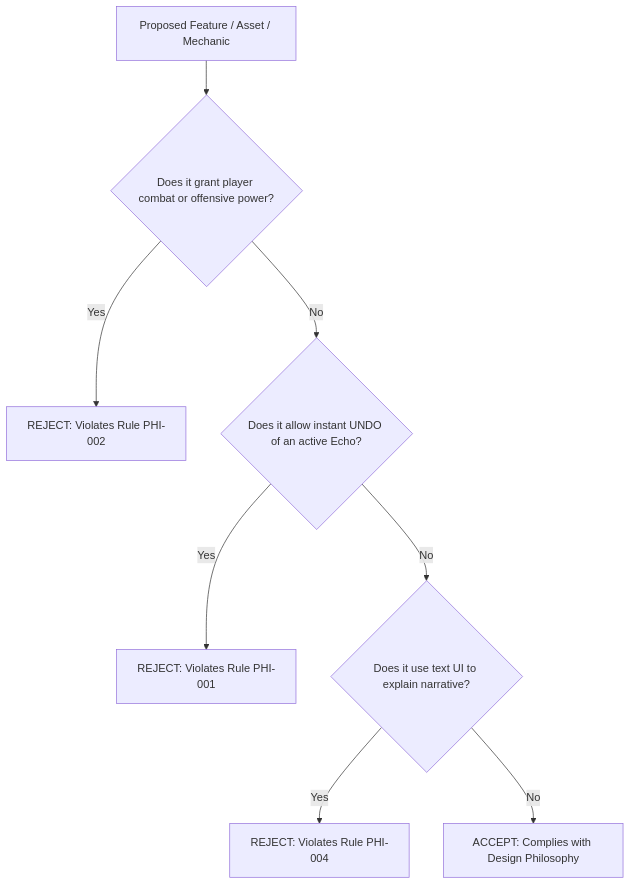
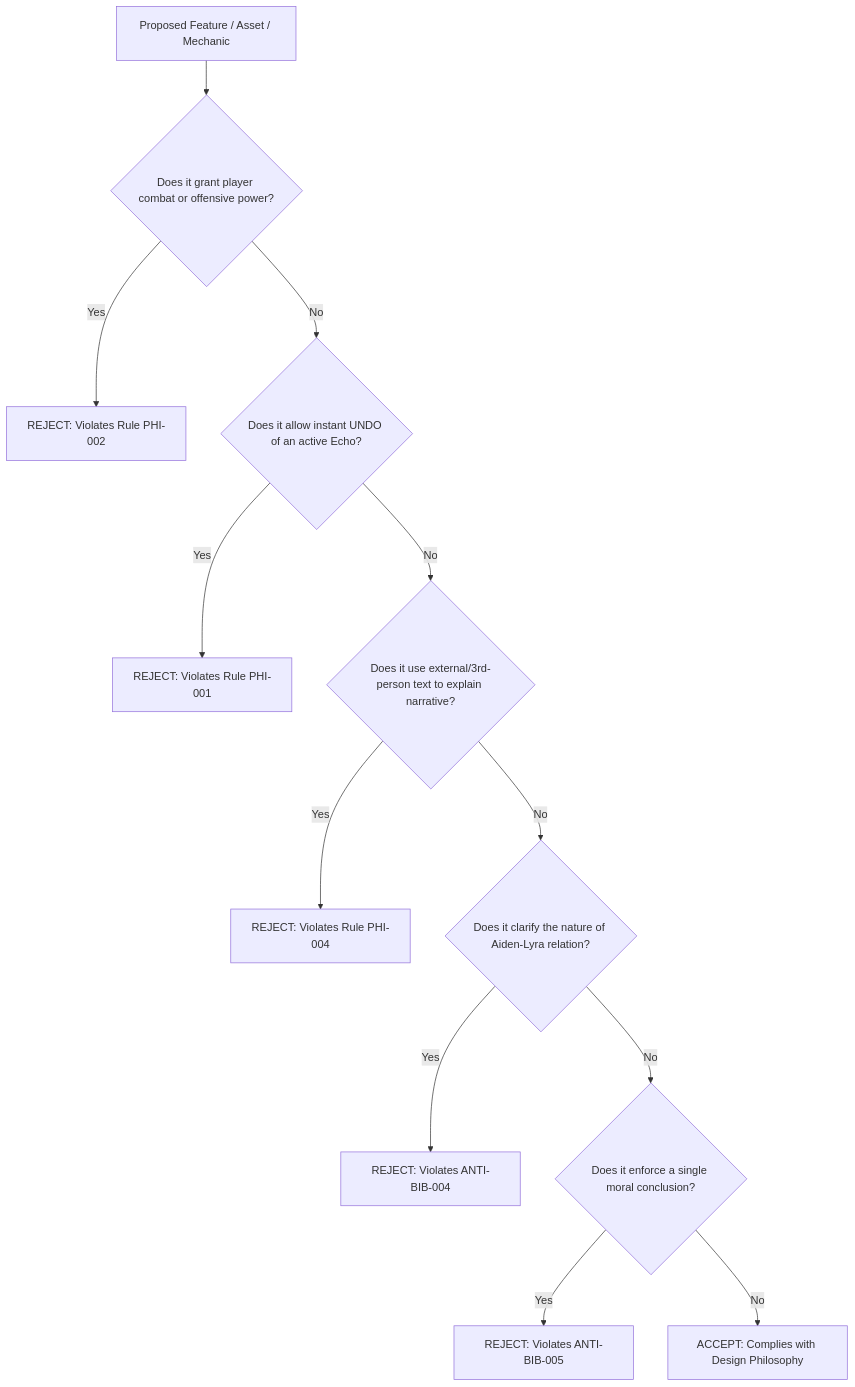
Before and after one commit to Nahum890/Echoes-of-you: the first of 2 diagrams in Docs/GameDesign/DESIGN_PHILOSOPHY.md, drawn with Mermaid. The commit also changed other lines of this file and 215 other files, not shown here.

Commit message:
feat: Add VN Plus Pop-ups Plan v2.0 documentation with narrative structure, technical architecture, and execution phases

````diff
--- a/Docs/GameDesign/DESIGN_PHILOSOPHY.md
+++ b/Docs/GameDesign/DESIGN_PHILOSOPHY.md
@@ -44,10 +54,14 @@
 ```mermaid
 graph TD
     A[Proposed Feature / Asset / Mechanic] --> B{Does it grant player combat or offensive power?}
     B -->|Yes| C[REJECT: Violates Rule PHI-002]
     B -->|No| D{Does it allow instant UNDO of an active Echo?}
     D -->|Yes| E[REJECT: Violates Rule PHI-001]
-    D -->|No| F{Does it use text UI to explain narrative?}
+    D -->|No| F{Does it use external/3rd-person text to explain narrative?}
     F -->|Yes| G[REJECT: Violates Rule PHI-004]
-    F -->|No| H[ACCEPT: Complies with Design Philosophy]
+    F -->|No| F2{Does it clarify the nature of Aiden-Lyra relation?}
+    F2 -->|Yes| G2[REJECT: Violates ANTI-BIB-004]
+    F2 -->|No| F3{Does it enforce a single moral conclusion?}
+    F3 -->|Yes| G3[REJECT: Violates ANTI-BIB-005]
+    F3 -->|No| H[ACCEPT: Complies with Design Philosophy]
 ```
````
